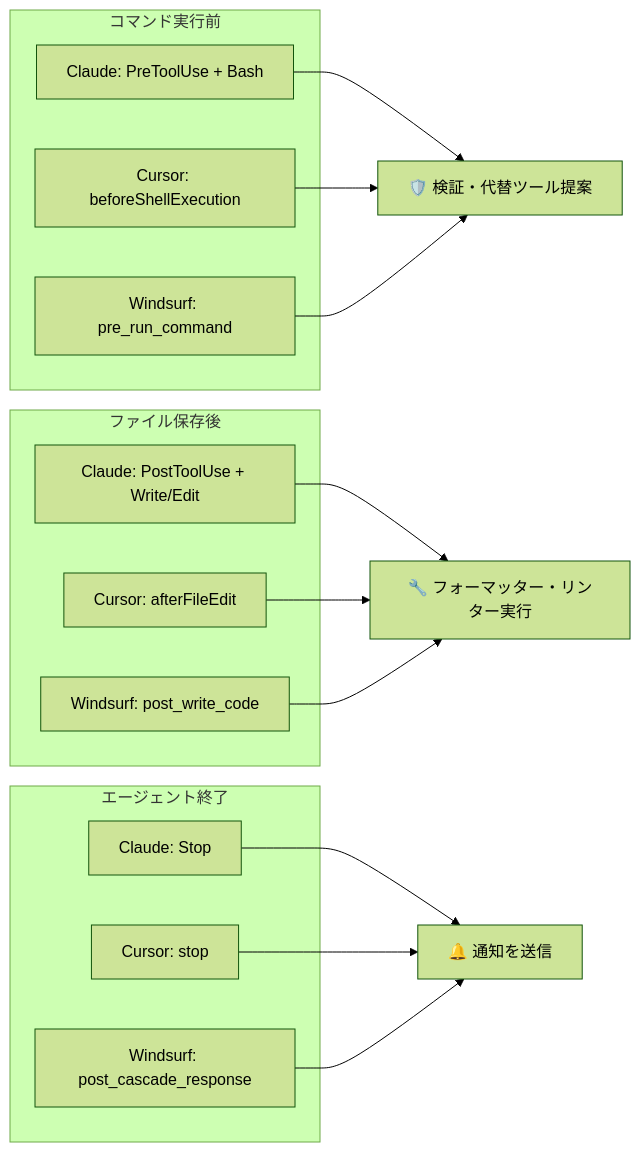
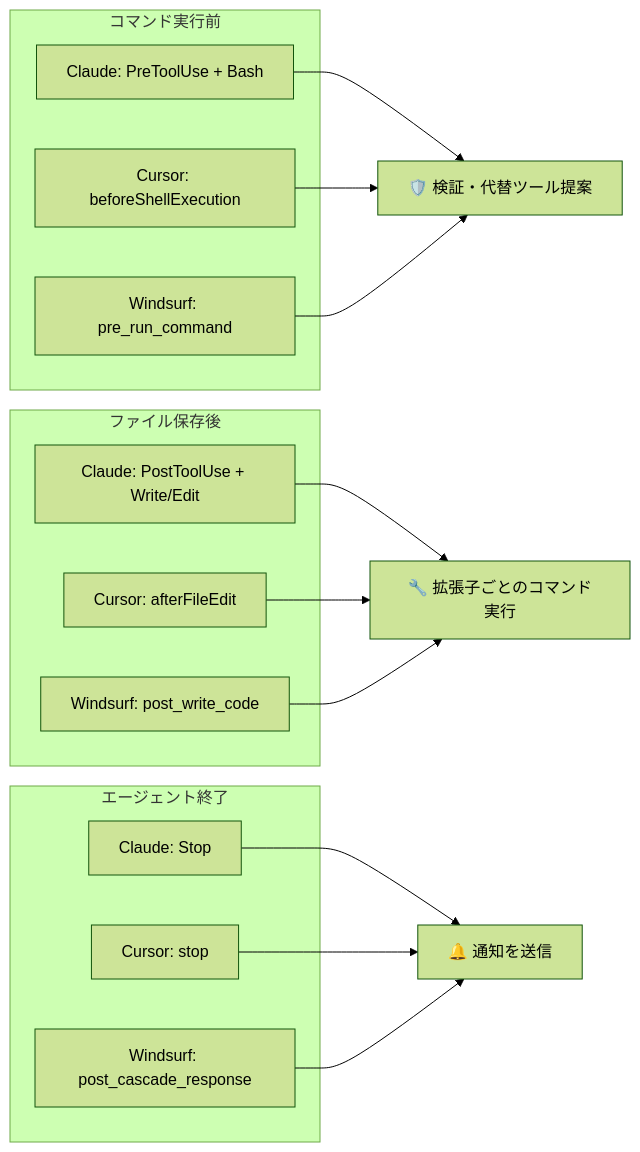
One commit to owayo/claw-hooks changed the diagram in README.ja.md. Above: the diagram before and after it, drawn with Mermaid (forest theme). The commit also changed 1 other file, not shown here.

Commit message:
docs: 拡張子別コマンド実行を図に反映

````diff
--- a/README.ja.md
+++ b/README.ja.md
@@ -505,32 +505,32 @@
 ```mermaid
 graph LR
     subgraph コマンド実行前
         CC1[Claude: PreToolUse + Bash]
         CU1[Cursor: beforeShellExecution]
         WS1[Windsurf: pre_run_command]
     end
     CH1[🛡️ 検証・代替ツール提案]
     CC1 --> CH1
     CU1 --> CH1
     WS1 --> CH1
 
     subgraph ファイル保存後
         CC2[Claude: PostToolUse + Write/Edit]
         CU2[Cursor: afterFileEdit]
         WS2[Windsurf: post_write_code]
     end
-    CH2[🔧 フォーマッター・リンター実行]
+    CH2[🔧 拡張子ごとのコマンド実行]
     CC2 --> CH2
     CU2 --> CH2
     WS2 --> CH2
 
     subgraph エージェント終了
         CC3[Claude: Stop]
         CU3[Cursor: stop]
         WS3[Windsurf: post_cascade_response]
     end
     CH3[🔔 通知を送信]
     CC3 --> CH3
     CU3 --> CH3
     WS3 --> CH3
 ```
````
